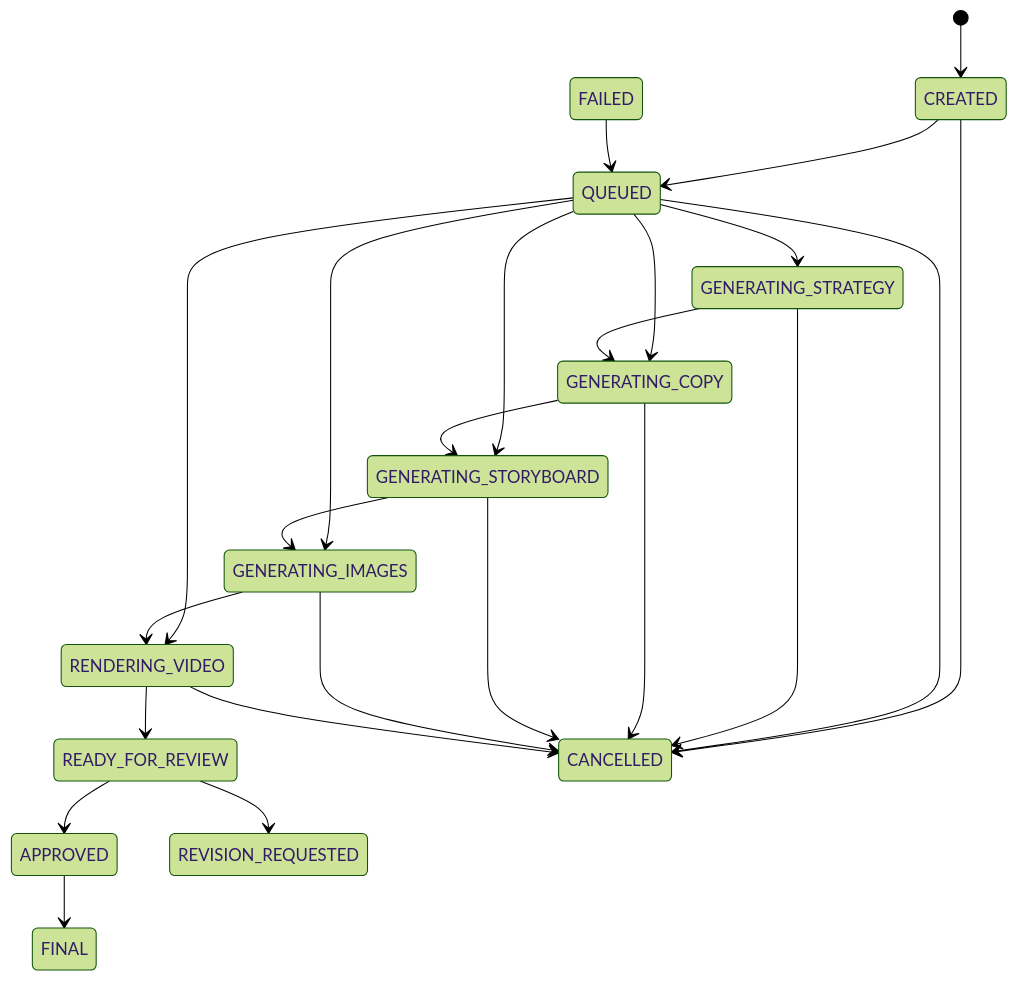
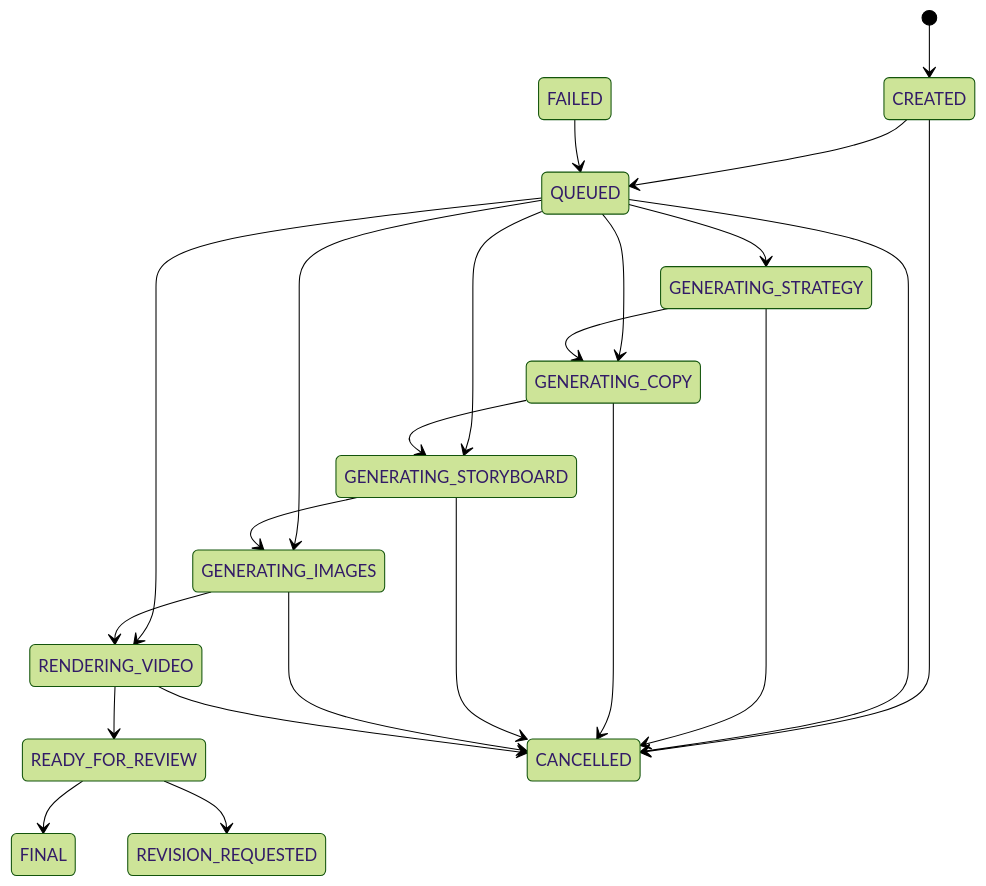
Before and after one commit to adanhammod/AI-Marketing-Campaign-Agent: the diagram in docs/contracts/campaign-lifecycle.md, drawn with Mermaid (forest theme). The commit also changed other lines of this file and 41 other files, not shown here.

````diff
--- a/docs/contracts/campaign-lifecycle.md
+++ b/docs/contracts/campaign-lifecycle.md
@@ -63,26 +64,25 @@
 ```mermaid
 stateDiagram-v2
   [*] --> CREATED
   CREATED --> QUEUED
   QUEUED --> GENERATING_STRATEGY
   QUEUED --> GENERATING_COPY
   QUEUED --> GENERATING_STORYBOARD
   QUEUED --> GENERATING_IMAGES
   QUEUED --> RENDERING_VIDEO
   GENERATING_STRATEGY --> GENERATING_COPY
   GENERATING_COPY --> GENERATING_STORYBOARD
   GENERATING_STORYBOARD --> GENERATING_IMAGES
   GENERATING_IMAGES --> RENDERING_VIDEO
   RENDERING_VIDEO --> READY_FOR_REVIEW
-  READY_FOR_REVIEW --> APPROVED
+  READY_FOR_REVIEW --> FINAL
   READY_FOR_REVIEW --> REVISION_REQUESTED
-  APPROVED --> FINAL
   FAILED --> QUEUED
   CREATED --> CANCELLED
   QUEUED --> CANCELLED
   GENERATING_STRATEGY --> CANCELLED
   GENERATING_COPY --> CANCELLED
   GENERATING_STORYBOARD --> CANCELLED
   GENERATING_IMAGES --> CANCELLED
   RENDERING_VIDEO --> CANCELLED
 ```
````
